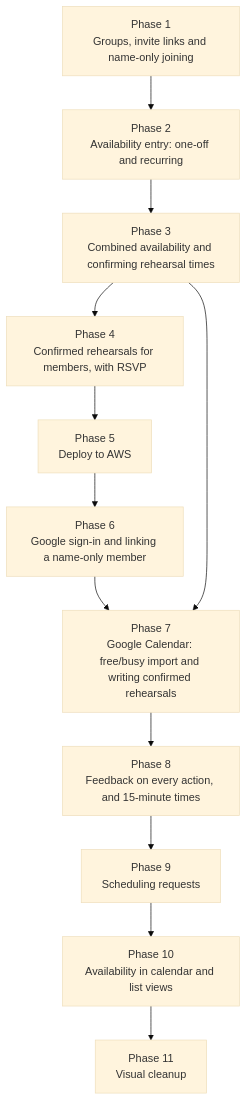
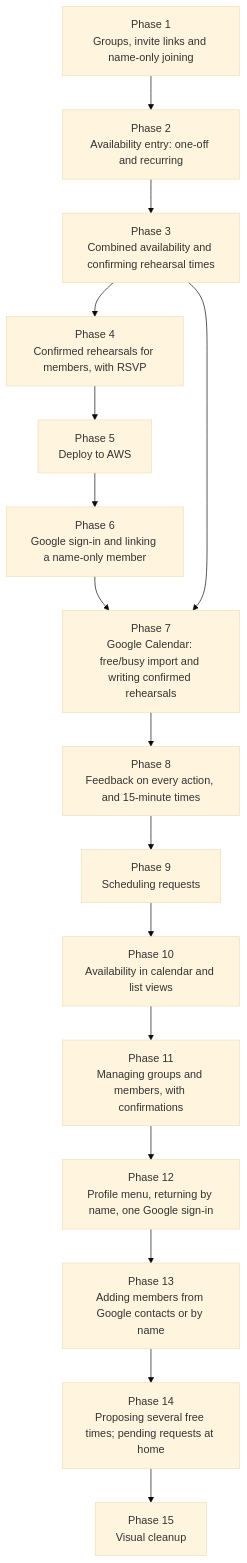
One commit to leifdalan/music-chairs changed the diagram in plan/INDEX.md. Above: the diagram before and after it, drawn with Mermaid (base theme). The commit also changed other lines of this file and 9 other files, not shown here.

````diff
--- a/plan/INDEX.md
+++ b/plan/INDEX.md
@@ -27,17 +27,21 @@
 ```mermaid
 graph TD
     P1[Phase 1<br/>Groups, invite links and name-only joining]
     P2[Phase 2<br/>Availability entry: one-off and recurring]
     P3[Phase 3<br/>Combined availability and confirming rehearsal times]
     P4[Phase 4<br/>Confirmed rehearsals for members, with RSVP]
     P5[Phase 5<br/>Deploy to AWS]
     P6[Phase 6<br/>Google sign-in and linking a name-only member]
     P7[Phase 7<br/>Google Calendar: free/busy import and writing confirmed rehearsals]
     P8[Phase 8<br/>Feedback on every action, and 15-minute times]
     P9[Phase 9<br/>Scheduling requests]
     P10[Phase 10<br/>Availability in calendar and list views]
-    P11[Phase 11<br/>Visual cleanup]
+    P11[Phase 11<br/>Managing groups and members, with confirmations]
+    P12[Phase 12<br/>Profile menu, returning by name, one Google sign-in]
+    P13[Phase 13<br/>Adding members from Google contacts or by name]
+    P14[Phase 14<br/>Proposing several free times; pending requests at home]
+    P15[Phase 15<br/>Visual cleanup]
     P1 --> P2 --> P3 --> P4 --> P5 --> P6 --> P7
     P3 --> P7
-    P7 --> P8 --> P9 --> P10 --> P11
+    P7 --> P8 --> P9 --> P10 --> P11 --> P12 --> P13 --> P14 --> P15
 ```
````
